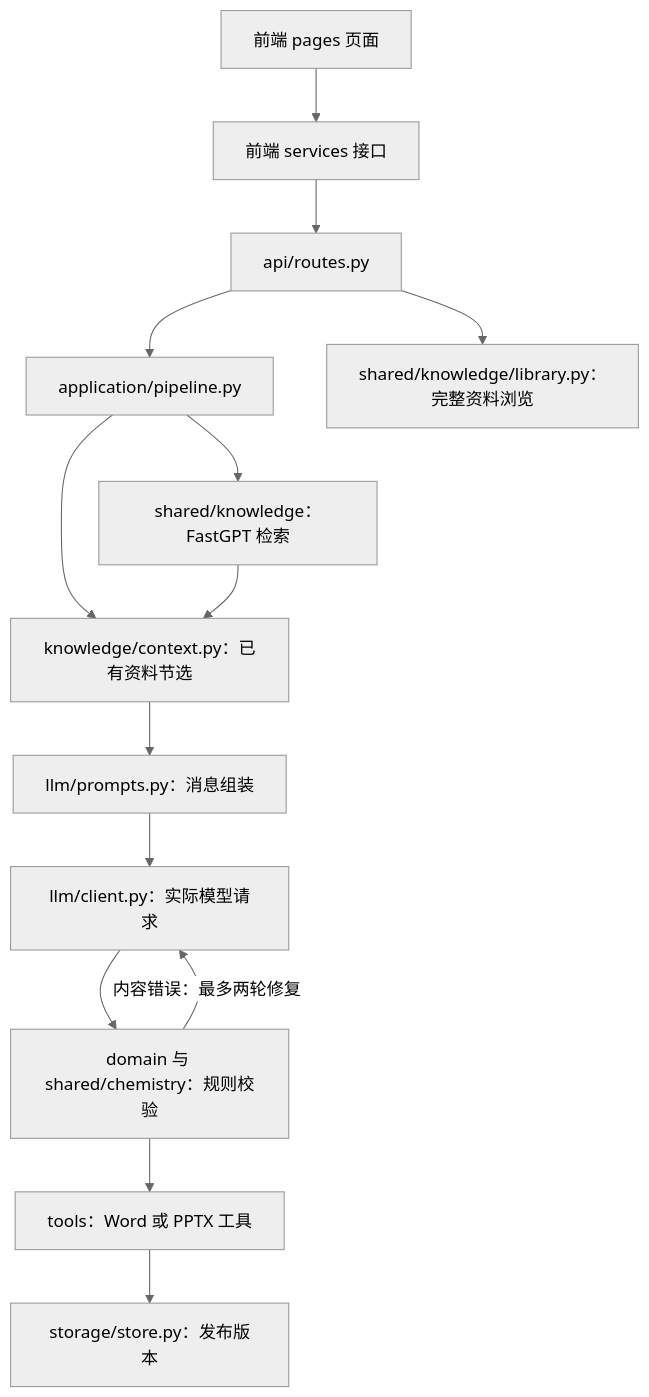
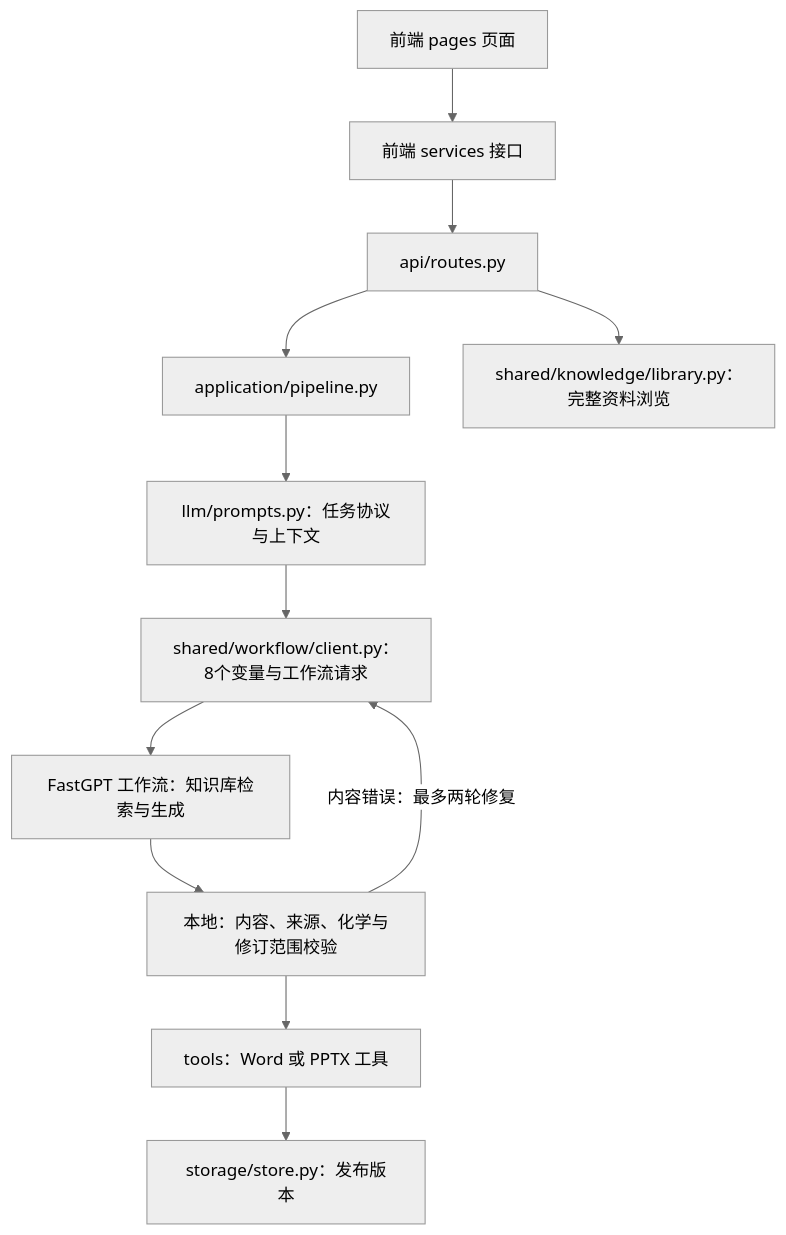
Before and after one commit to TJFFY3/qiming: the diagram in docs/agent-code-map.md, drawn with Mermaid (neutral theme). The commit also changed other lines of this file and 64 other files, not shown here.

````diff
--- a/docs/agent-code-map.md
+++ b/docs/agent-code-map.md
@@ -35,16 +35,14 @@
 ```mermaid
 flowchart TD
     Page[前端 pages 页面] --> Service[前端 services 接口]
     Service --> API[api/routes.py]
     API --> Pipeline[application/pipeline.py]
-    Pipeline --> KB[shared/knowledge：FastGPT 检索]
-    Pipeline --> Context[knowledge/context.py：已有资料节选]
-    KB --> Context
-    Context --> Prompts[llm/prompts.py：消息组装]
-    Prompts --> Model[llm/client.py：实际模型请求]
-    Model --> Rules[domain 与 shared/chemistry：规则校验]
+    Pipeline --> Prompts[llm/prompts.py：任务协议与上下文]
+    Prompts --> Model[shared/workflow/client.py：8个变量与工作流请求]
+    Model --> KB[FastGPT 工作流：知识库检索与生成]
+    KB --> Rules[本地：内容、来源、化学与修订范围校验]
     Rules --> Tools[tools：Word 或 PPTX 工具]
     Rules -->|内容错误：最多两轮修复| Model
     Tools --> Store[storage/store.py：发布版本]
     API --> Library[shared/knowledge/library.py：完整资料浏览]
 ```
````
